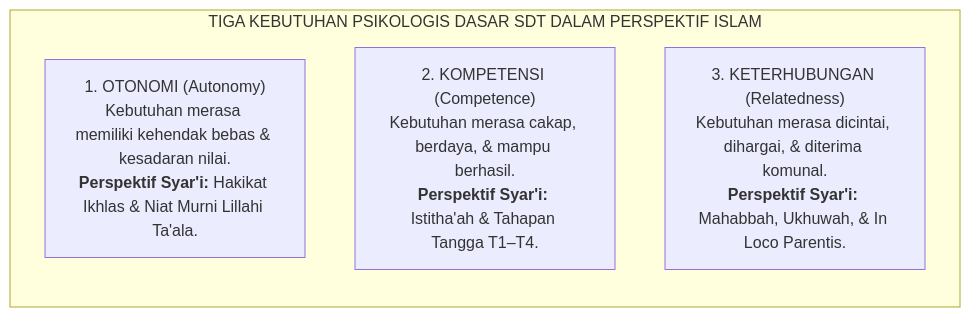
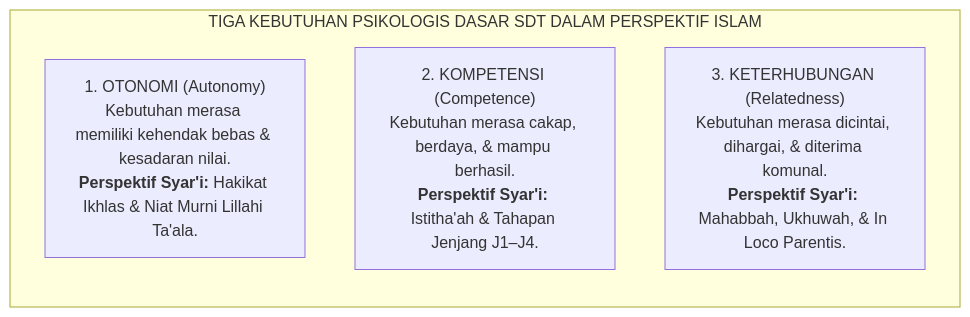
One commit to wandiapriliyandi/tumbuh changed the second of 4 diagrams in BOOK-SERIES/Volume-02/Bab-01-Arsitektur-Kapasitas-Holistik-Berbasis-Fitrah/04-Teori-Penentuan-Diri-dan-Rekayasa-Lingkungan-Asrama.md. Above: the diagram before and after it, drawn with Mermaid. The commit also changed other lines of this file and 209 other files, not shown here.

Commit message:
refactor(terminology): differentiate Jenjang J1-J4 from 10 Tahapan (Tahu s/d Pemberdaya)

````diff
--- a/BOOK-SERIES/Volume-02/Bab-01-Arsitektur-Kapasitas-Holistik-Berbasis-Fitrah/04-Teori-Penentuan-Diri-dan-Rekayasa-Lingkungan-Asrama.md
+++ b/BOOK-SERIES/Volume-02/Bab-01-Arsitektur-Kapasitas-Holistik-Berbasis-Fitrah/04-Teori-Penentuan-Diri-dan-Rekayasa-Lingkungan-Asrama.md
@@ -48,10 +48,10 @@
 ```mermaid
 graph LR
     subgraph KebutuhanSDT["TIGA KEBUTUHAN PSIKOLOGIS DASAR SDT DALAM PERSPEKTIF ISLAM"]
         Otonomi["1. OTONOMI (Autonomy)<br/>Kebutuhan merasa memiliki kehendak bebas & kesadaran nilai.<br/><b>Perspektif Syar'i:</b> Hakikat Ikhlas & Niat Murni Lillahi Ta'ala."]
         
-        Kompetensi["2. KOMPETENSI (Competence)<br/>Kebutuhan merasa cakap, berdaya, & mampu berhasil.<br/><b>Perspektif Syar'i:</b> Istitha'ah & Tahapan Tangga T1–T4."]
+        Kompetensi["2. KOMPETENSI (Competence)<br/>Kebutuhan merasa cakap, berdaya, & mampu berhasil.<br/><b>Perspektif Syar'i:</b> Istitha'ah & Tahapan Jenjang J1–J4."]
         
         Keterhubungan["3. KETERHUBUNGAN (Relatedness)<br/>Kebutuhan merasa dicintai, dihargai, & diterima komunal.<br/><b>Perspektif Syar'i:</b> Mahabbah, Ukhuwah, & In Loco Parentis."]
     end
 ```
````
